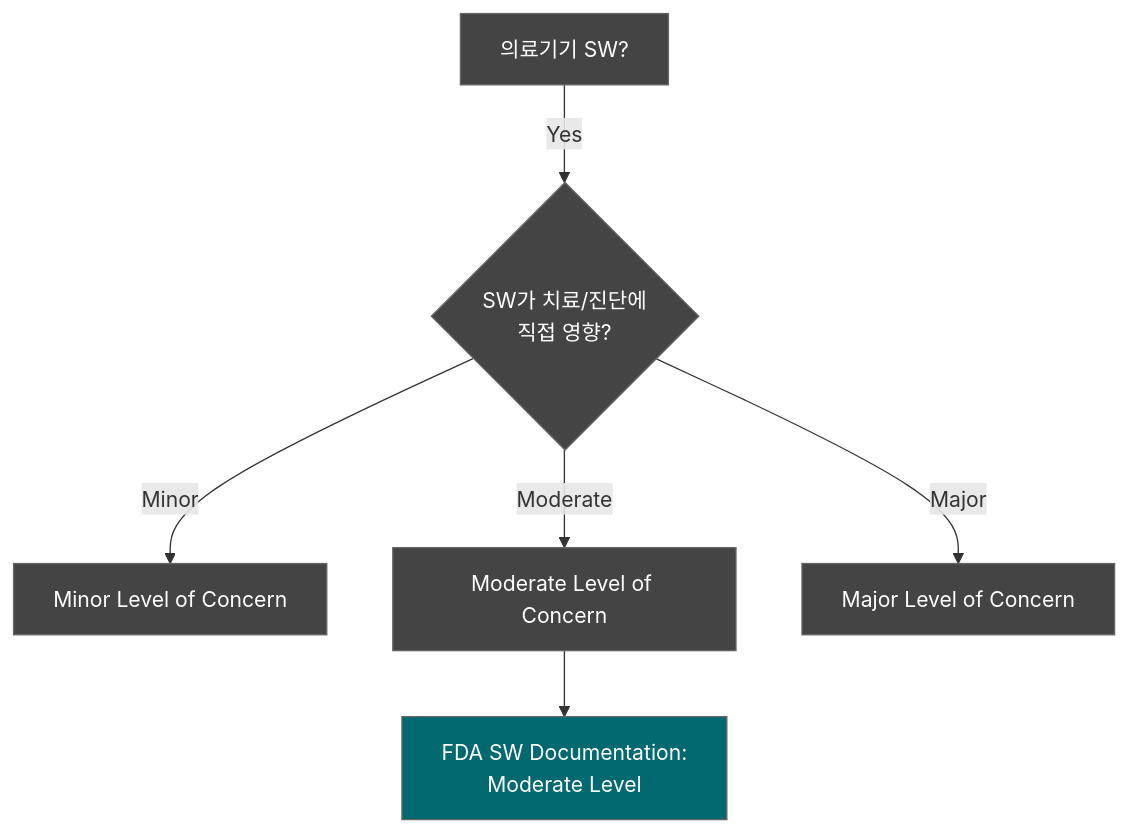
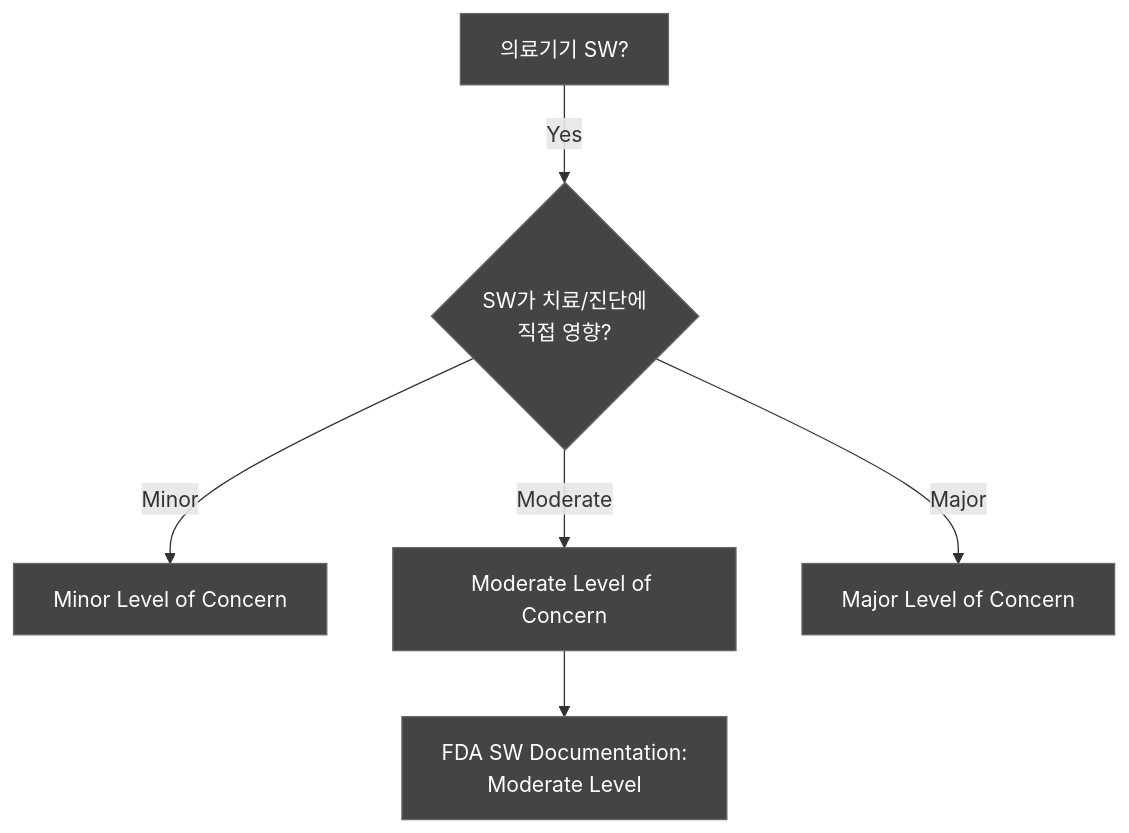
Before and after one commit to holee9/console-gui: the first of 3 diagrams in docs/regulatory/DOC-036_510k_eSTAR_v2.0.md, drawn with Mermaid. The commit also changed other lines of this file and 35 other files, not shown here.

First line of the commit message:
fix: 전체 Mermaid 차트 색상 진한 회색 통일

````diff
--- a/docs/regulatory/DOC-036_510k_eSTAR_v2.0.md
+++ b/docs/regulatory/DOC-036_510k_eSTAR_v2.0.md
@@ -66,12 +66,12 @@
 ```mermaid
 flowchart TD
     A[의료기기 SW?] -->|Yes| B{SW가 치료/진단에<br/>직접 영향?}
     B -->|Minor| C[Minor Level of Concern]
     B -->|Moderate| D[Moderate Level of Concern]
     B -->|Major| E[Major Level of Concern]
     
     D --> F[FDA SW Documentation:<br/>Moderate Level]
     
     classDef default fill:#444,stroke:#666,color:#fff
-    style F fill:#01696F,color:#fff
+    style F fill:#444,color:#fff
 ```
````
